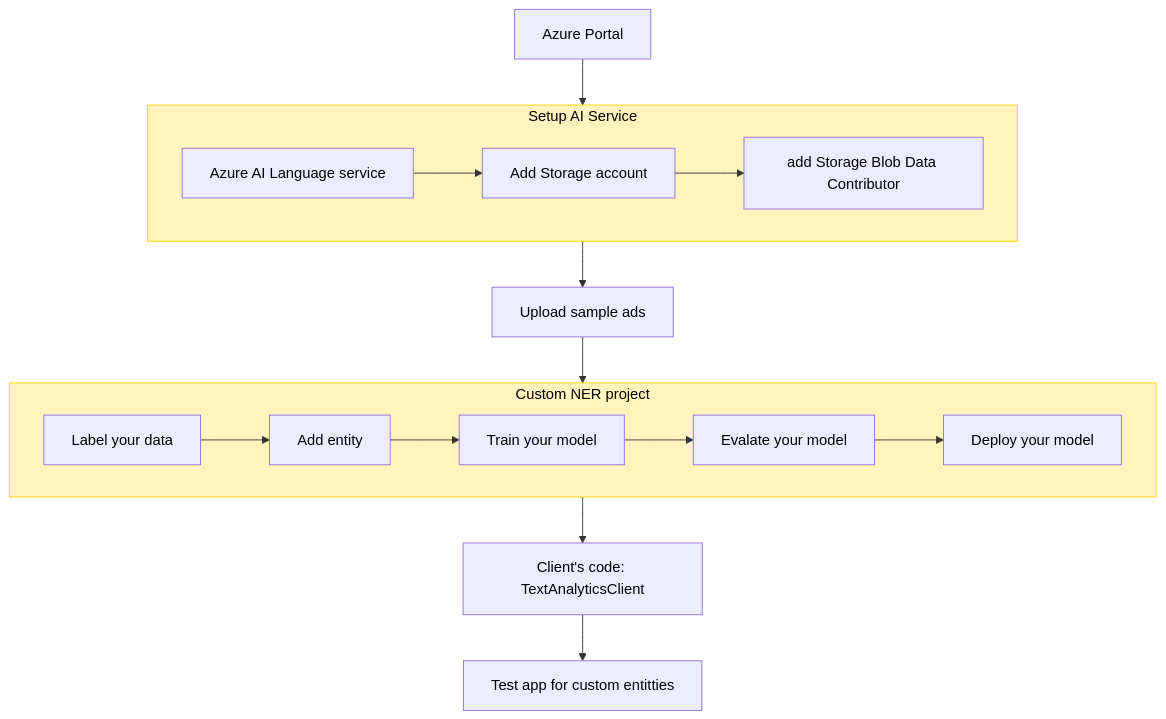
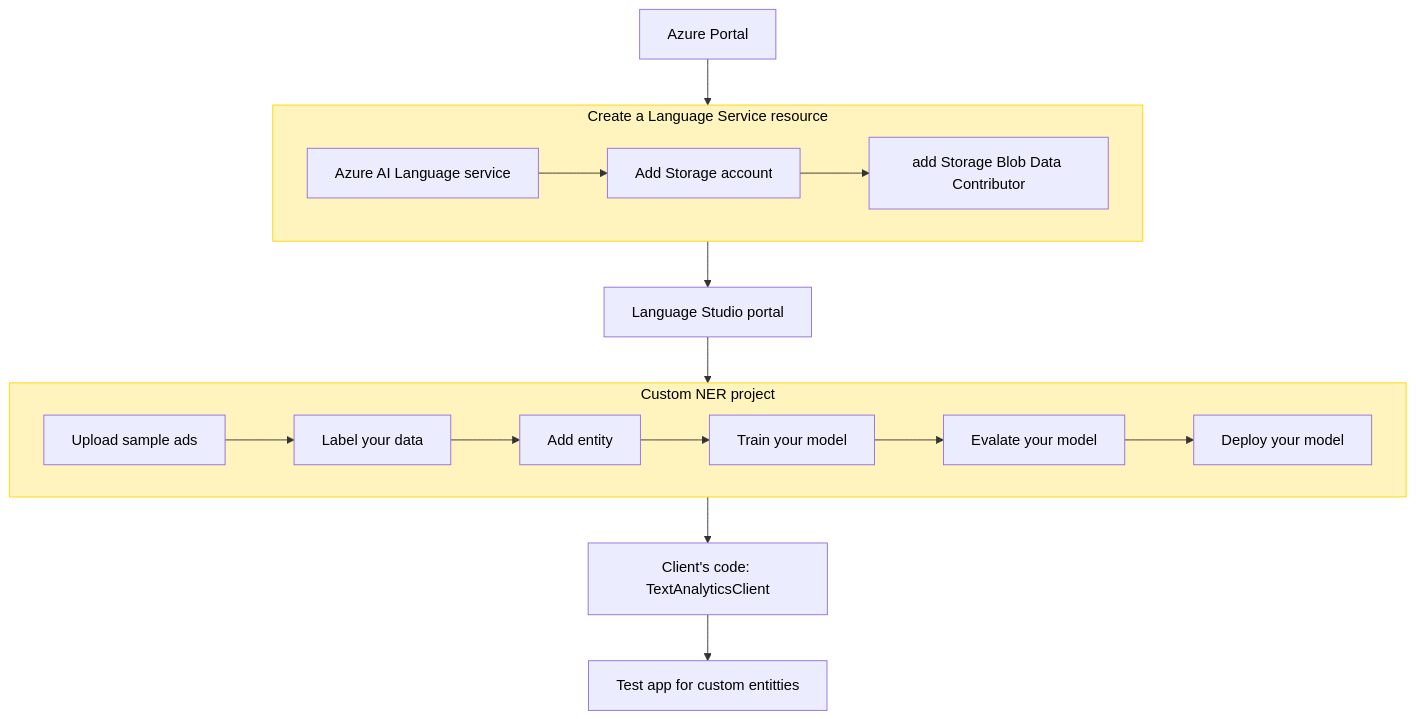
One commit to dasung/AI-102 changed the second of 2 diagrams in NLP_dictionary.md. Above: the diagram before and after it, drawn with Mermaid. The commit also changed other lines of this file and 3 other files, not shown here.

````diff
--- a/NLP_dictionary.md
+++ b/NLP_dictionary.md
@@ -57,28 +89,29 @@
 ```mermaid
 flowchart TD
-   subgraph Horizontal1[Setup AI Service]
+   subgraph Horizontal1[Create&nbsp;a&nbsp;Language&nbsp;Service&nbsp;resource]
       direction LR
       X[Azure AI Language service]:::box --> Y[Add Storage account]:::box
       Y --> Z[add Storage Blob Data Contributor]:::box
    end
    subgraph Horizontal2[Custom NER project]
       direction LR
+      M[Upload sample ads]:::box
       C[Label your data]:::box
       D[Add entity]:::box
       E[Train your model]:::box
       G[Evalate your model]:::box
       H[Deploy your model]:::box
-      C --> D --> E --> G --> H
+      M --> C --> D --> E --> G --> H
    end
    a[Azure Portal]:::box --> Horizontal1
    Horizontal1 --> A
-   A[Upload sample ads]:::box
+   A[Language Studio portal]:::box
    A --> Horizontal2 --> F[Client's code: TextAnalyticsClient ]:::box
    F --> K[Test app for custom entitties]:::box
 
      %% Styling
     classDef box fill:#ECECFF,color:black
     classDef green-step fill:#107C10,color:white,stroke:#107C10
     style Horizontal1 fill:#FFF4BD,color:black,stroke:#FFD700,stroke-width:1px
     style Horizontal2 fill:#FFF4BD,color:black,stroke:#FFD700,stroke-width:1px
 ```
````
